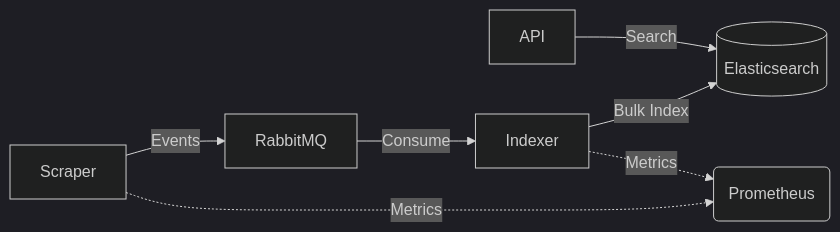
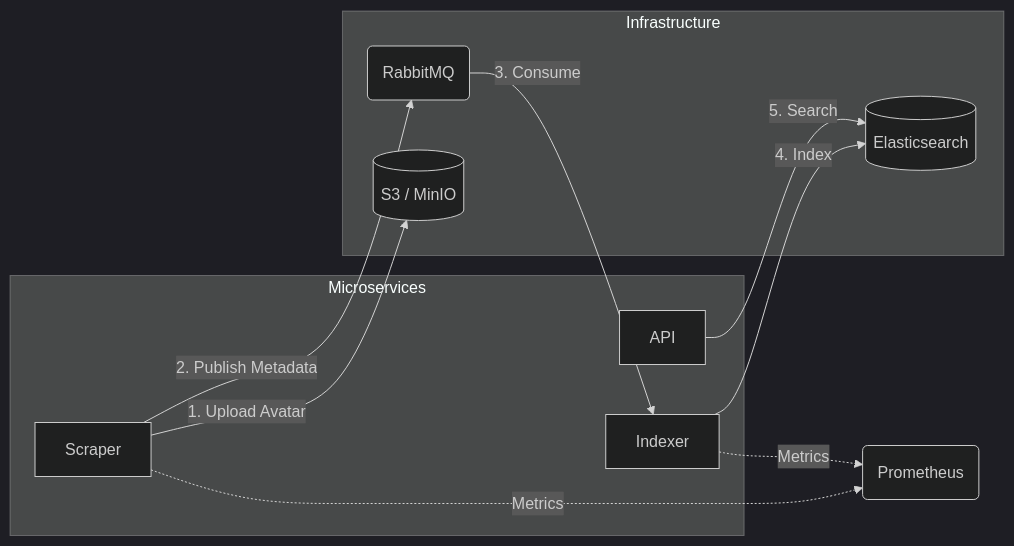
Before and after one commit to Anis-Hammoudi/influScope: the diagram in README.md, drawn with Mermaid (dark theme). The commit also changed 10 other files, not shown here.

Commit message:
feat: add S3 (MinIO) integration for avatar storage and update infrastructure configurationfeat: integrate S3 storage with scraper service, add Kubernetes MinIO deployment, and update configurations

````diff
--- a/README.md
+++ b/README.md
@@ -13,9 +13,25 @@
 ```mermaid
 graph LR
-    Scraper -->|Events| RabbitMQ
-    RabbitMQ -->|Consume| Indexer
-    Indexer -->|Bulk Index| ES[(Elasticsearch)]
-    API -->|Search| ES
+    subgraph "Infrastructure"
+        ES[(Elasticsearch)]
+        RMQ(RabbitMQ)
+        S3[(S3 / MinIO)]
+    end
+
+    subgraph "Microservices"
+        Scraper
+        Indexer
+        API
+    end
+
+    Scraper -->|1. Upload Avatar| S3
+    Scraper -->|2. Publish Metadata| RMQ
+
+    RMQ -->|3. Consume| Indexer
+    Indexer -->|4. Index| ES
+
+    API -->|5. Search| ES
+
     Scraper -.->|Metrics| Prom(Prometheus)
     Indexer -.->|Metrics| Prom
 ```
````
